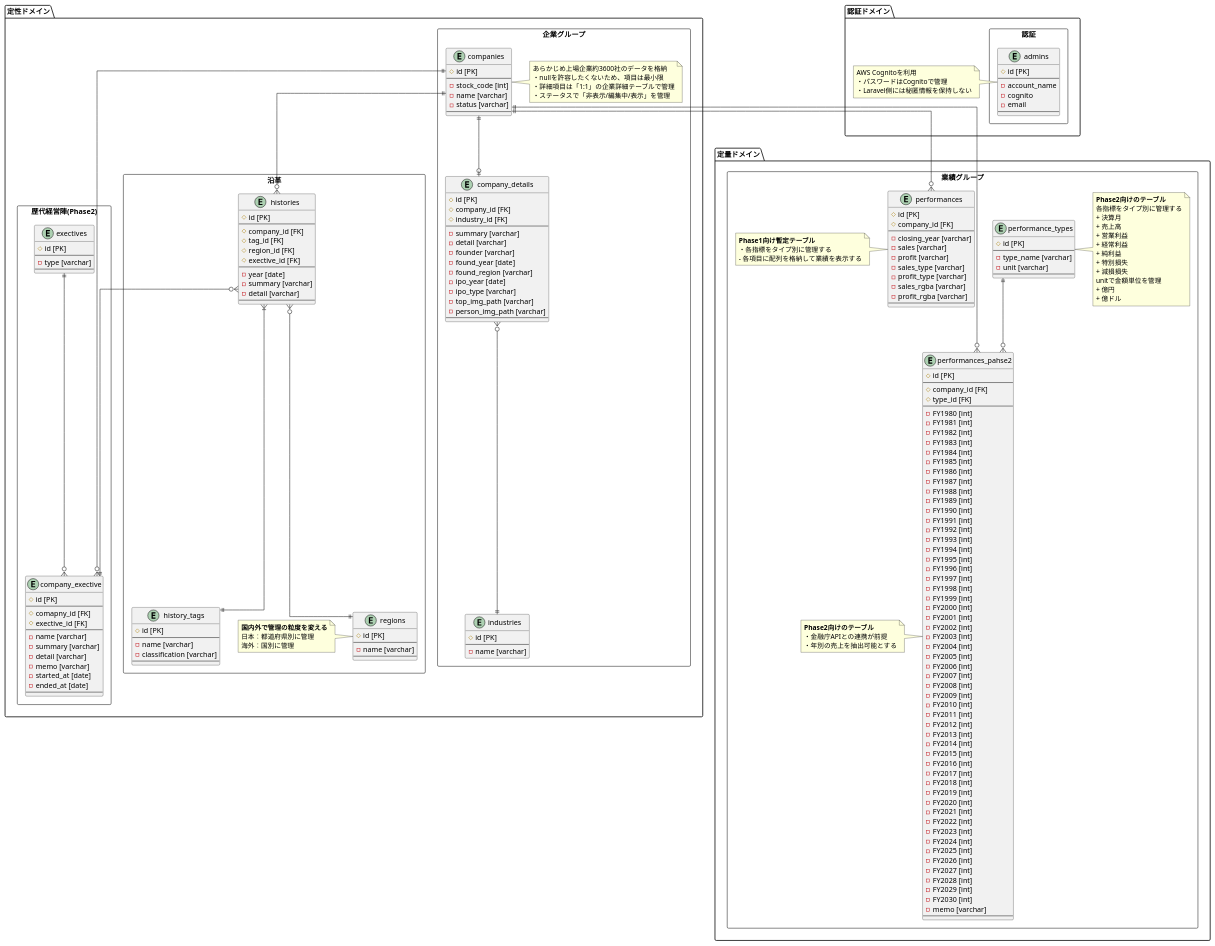
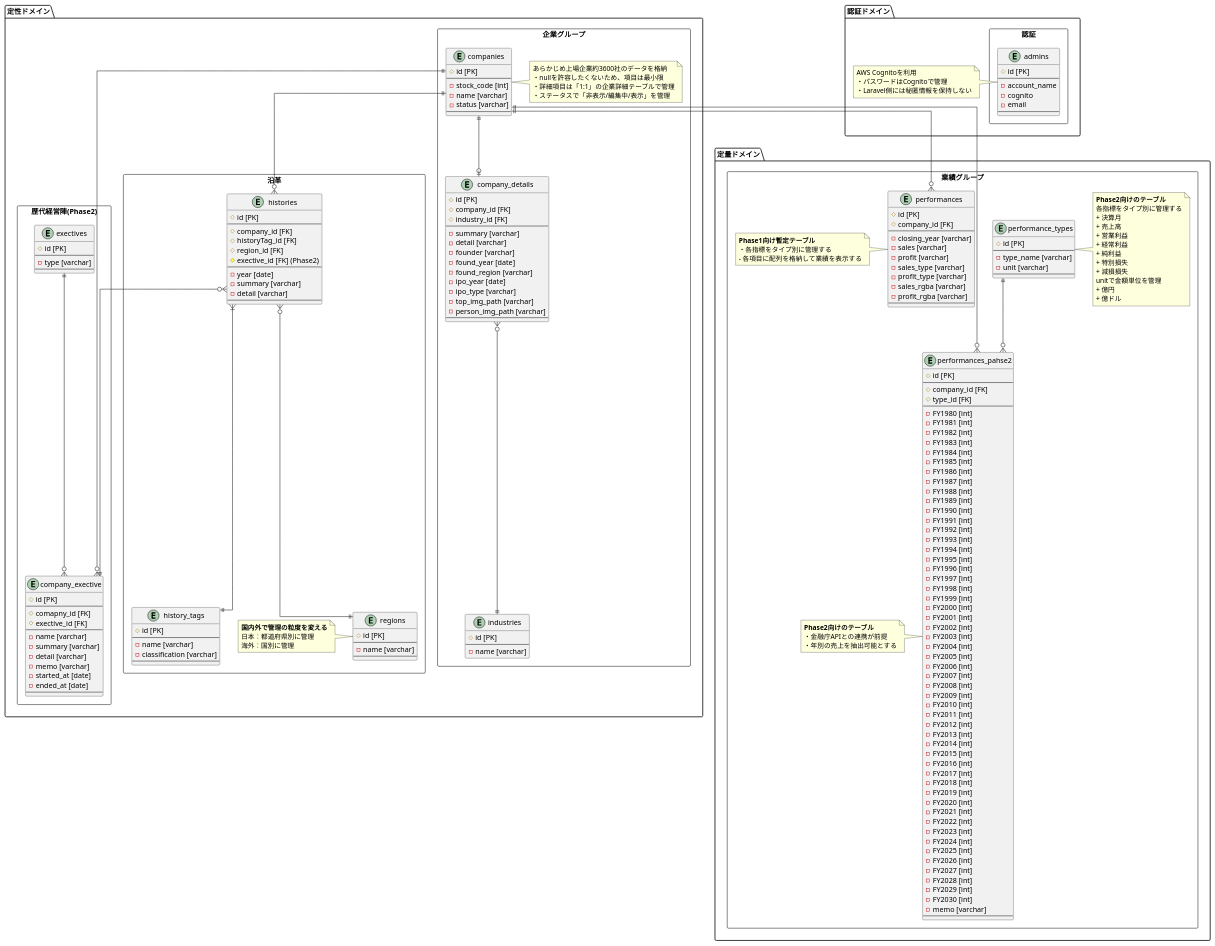
One commit to yutakasugiura/shashi-api changed the diagram in app/Domain/ER/PhysicalModel.pu. Above: the diagram before and after it, drawn with PlantUML. The commit also changed 21 other files, not shown here.

```diff
--- a/app/Domain/ER/PhysicalModel.pu
+++ b/app/Domain/ER/PhysicalModel.pu
@@ -49,9 +49,9 @@
             # id [PK]
             --
             # company_id [FK]
-            # tag_id [FK]
+            # historyTag_id [FK]
             # region_id [FK]
-            # exective_id [FK]
+            # exective_id [FK] (Phase2)
             --
             - year [date]
             - summary [varchar]
```
